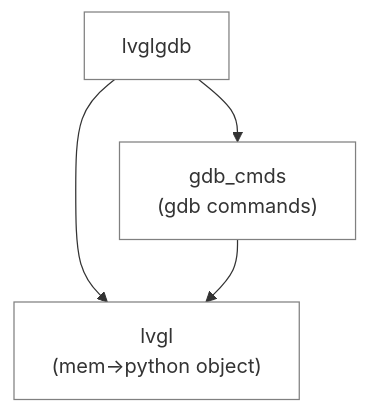
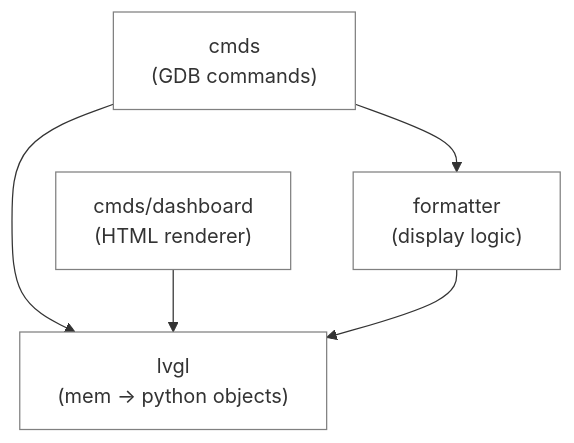
Before and after one commit to lvgl/lvgl: the diagram in scripts/gdb/README.md, drawn with Mermaid. The commit also changed other lines of this file and 11 other files, not shown here.

Commit message:
chore(gdb): add dump dashboard command with HTML renderer and data collector

````diff
--- a/scripts/gdb/README.md
+++ b/scripts/gdb/README.md
@@ -48,14 +58,15 @@
 ```mermaid
 graph TD
-    lvgl["lvgl<br/>(mem→python object)"]
-    gdb_cmds["gdb_cmds<br/>(gdb commands)"]
-    lvglgdb["lvglgdb"]
+    lvgl["lvgl<br/>(mem → python objects)"]
+    cmds["cmds<br/>(GDB commands)"]
+    formatter["formatter<br/>(display logic)"]
+    dashboard["cmds/dashboard<br/>(HTML renderer)"]
 
-    lvglgdb --> lvgl
-    lvglgdb --> gdb_cmds
-    gdb_cmds --> lvgl
+    cmds --> formatter
+    cmds --> lvgl
+    dashboard --> lvgl
+    formatter --> lvgl
 
     classDef pkg fill:white,stroke:gray
-    classDef core fill:white,stroke:gray
-    class lvglgdb,lvgl,gdb_cmds pkg
+    class lvgl,cmds,formatter,dashboard pkg
 ```
````
